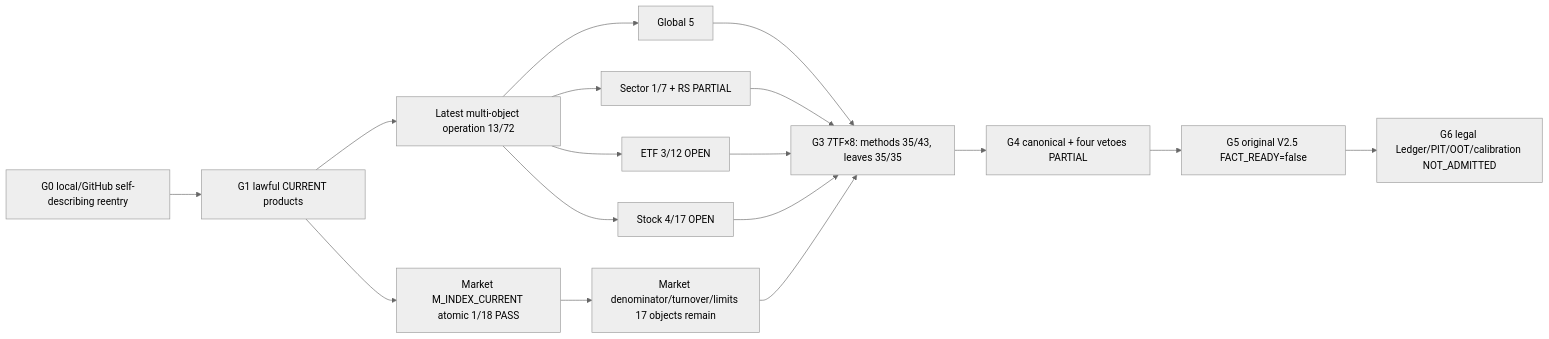
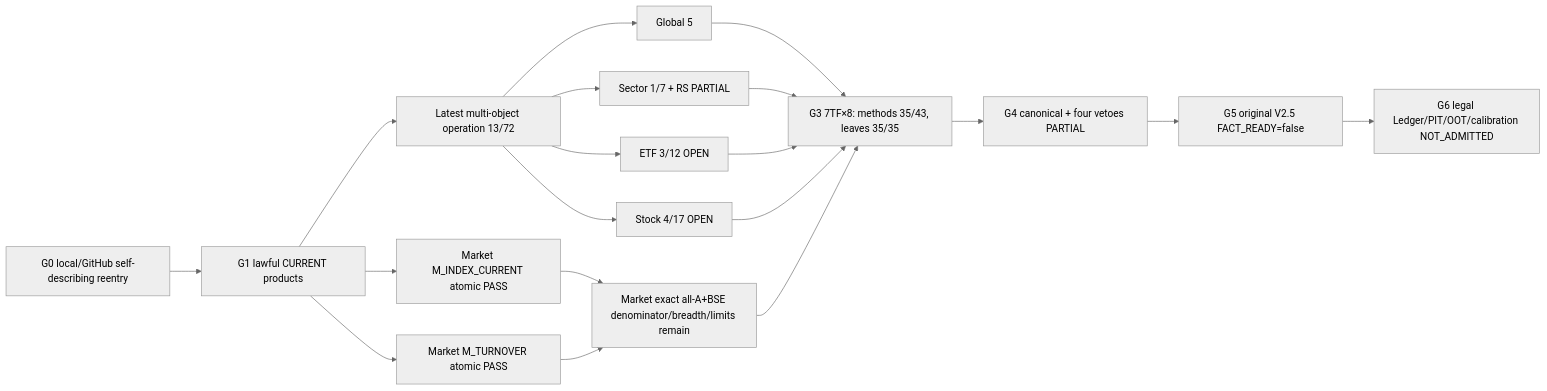
The second of 2 diagrams in docs/stock-dsa-roadmap.md (leeningzzu/dsa-market-research), drawn with Mermaid (neutral theme) before and after one commit. The commit also changed other lines of this file and 14 other files, not shown here.

Commit message:
feat: admit official exchange turnover and preserve historical schemas

````diff
--- a/docs/stock-dsa-roadmap.md
+++ b/docs/stock-dsa-roadmap.md
@@ -72,19 +75,21 @@
 ```mermaid
 flowchart LR
   G0[G0 local/GitHub self-describing reentry] --> G1[G1 lawful CURRENT products]
   G1 --> OP13[Latest multi-object operation 13/72]
-  G1 --> MK1[Market M_INDEX_CURRENT atomic 1/18 PASS]
+  G1 --> MK1[Market M_INDEX_CURRENT atomic PASS]
+  G1 --> MK2[Market M_TURNOVER atomic PASS]
   OP13 --> GL[Global 5]
   OP13 --> SC[Sector 1/7 + RS PARTIAL]
   OP13 --> ET[ETF 3/12 OPEN]
   OP13 --> ST[Stock 4/17 OPEN]
-  MK1 --> MKR[Market denominator/turnover/limits 17 objects remain]
+  MK1 --> MKR[Market exact all-A+BSE denominator/breadth/limits remain]
+  MK2 --> MKR
   GL --> G3[G3 7TF×8: methods 35/43, leaves 35/35]
   MKR --> G3
   SC --> G3
   ET --> G3
   ST --> G3
   G3 --> G4[G4 canonical + four vetoes PARTIAL]
   G4 --> G5[G5 original V2.5 FACT_READY=false]
   G5 --> G6[G6 legal Ledger/PIT/OOT/calibration NOT_ADMITTED]
 ```
````
